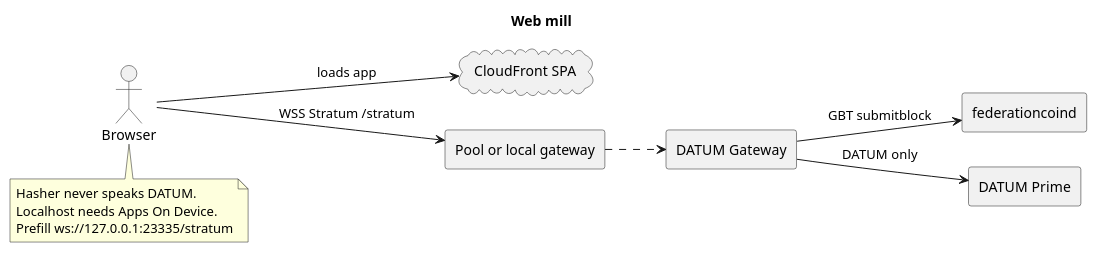
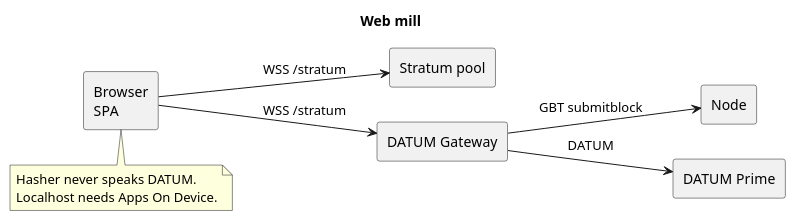
The diagram in public/docs/mill-web.puml (FederationCoin/cpu-miner), drawn with PlantUML before and after one commit. The commit also changed 33 other files, not shown here.

First line of the commit message:
Give mill Docs a hasher-view chart and split toasts into blue ok vs red error.

```diff
--- a/public/docs/mill-web.puml
+++ b/public/docs/mill-web.puml
@@ -1,20 +1,17 @@
 @startuml mill-web
 title Web mill
 left to right direction
-actor Browser
-cloud "CloudFront SPA" as CF
-rectangle "Pool or local gateway" as Pool
+rectangle "Browser\nSPA" as Browser
+rectangle "Stratum pool" as Pool
 rectangle "DATUM Gateway" as Gw
-rectangle "federationcoind" as Node
+rectangle "Node" as Node
 rectangle "DATUM Prime" as Prime
-Browser --> CF : loads app
-Browser --> Pool : WSS Stratum /stratum
-Pool ..> Gw
+Browser --> Pool : WSS /stratum
+Browser --> Gw : WSS /stratum
 Gw --> Node : GBT submitblock
-Gw --> Prime : DATUM only
+Gw --> Prime : DATUM
 note bottom of Browser
   Hasher never speaks DATUM.
   Localhost needs Apps On Device.
-  Prefill ws://127.0.0.1:23335/stratum
 end note
 @enduml
```
